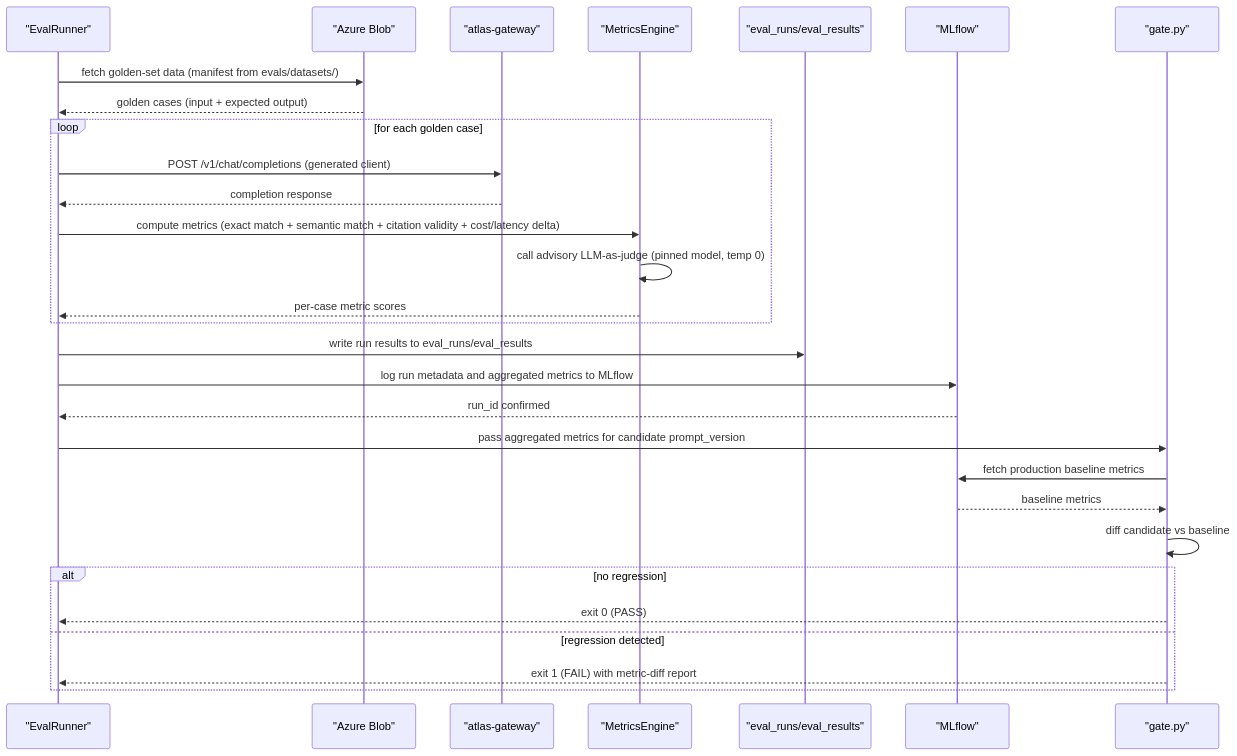
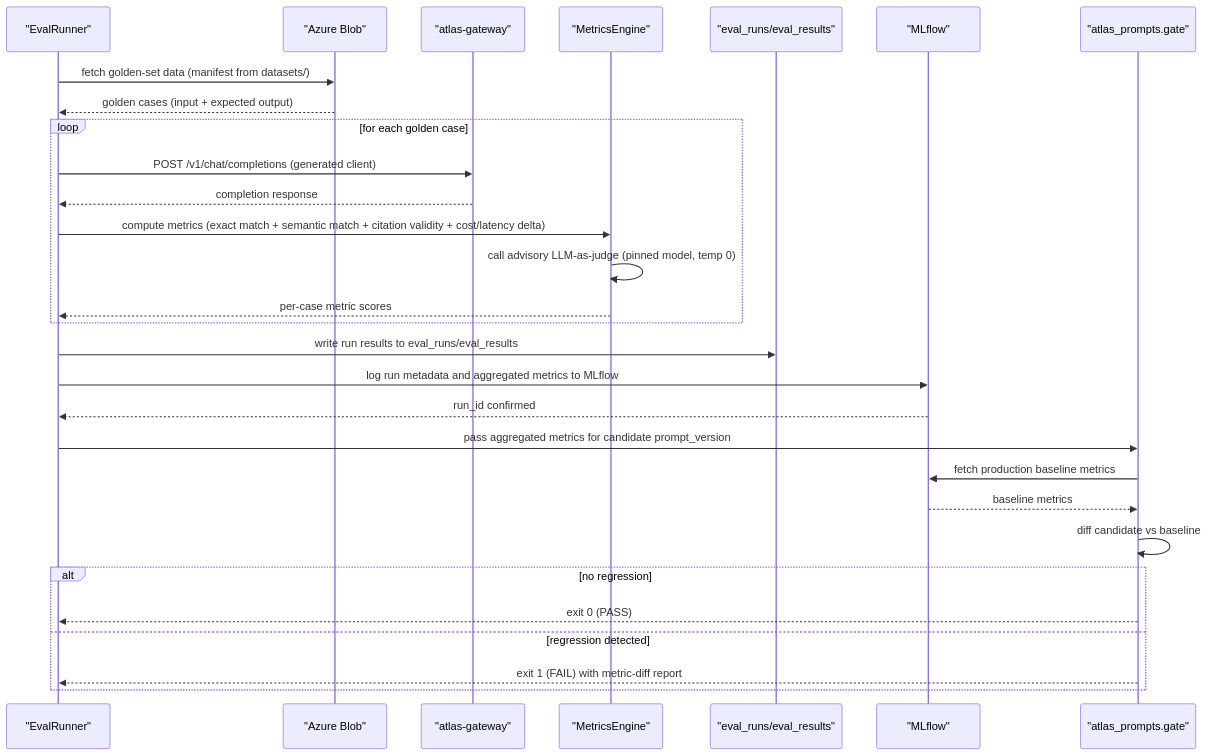
Before and after one commit to bragabruno/atlas-prompts: the diagram in docs/diagrams/eval-runner-sequence.md, drawn with Mermaid. The commit also changed 3 other files, not shown here.

First line of the commit message:
docs: reflect src/ layout in README and eval diagrams

````diff
--- a/docs/diagrams/eval-runner-sequence.md
+++ b/docs/diagrams/eval-runner-sequence.md
@@ -5,35 +5,35 @@
 ```mermaid
 sequenceDiagram
     participant R as "EvalRunner"
     participant B as "Azure Blob"
     participant G as "atlas-gateway"
     participant M as "MetricsEngine"
     participant DB as "eval_runs/eval_results"
     participant ML as "MLflow"
-    participant GT as "gate.py"
+    participant GT as "atlas_prompts.gate"
 
-    R->>B: fetch golden-set data (manifest from evals/datasets/)
+    R->>B: fetch golden-set data (manifest from datasets/)
     B-->>R: golden cases (input + expected output)
 
     loop for each golden case
         R->>G: POST /v1/chat/completions (generated client)
         G-->>R: completion response
         R->>M: compute metrics (exact match + semantic match + citation validity + cost/latency delta)
         M->>M: call advisory LLM-as-judge (pinned model, temp 0)
         M-->>R: per-case metric scores
     end
 
     R->>DB: write run results to eval_runs/eval_results
     R->>ML: log run metadata and aggregated metrics to MLflow
     ML-->>R: run_id confirmed
 
     R->>GT: pass aggregated metrics for candidate prompt_version
     GT->>ML: fetch production baseline metrics
     ML-->>GT: baseline metrics
     GT->>GT: diff candidate vs baseline
     alt no regression
         GT-->>R: exit 0 (PASS)
     else regression detected
         GT-->>R: exit 1 (FAIL) with metric-diff report
     end
 ```
````
